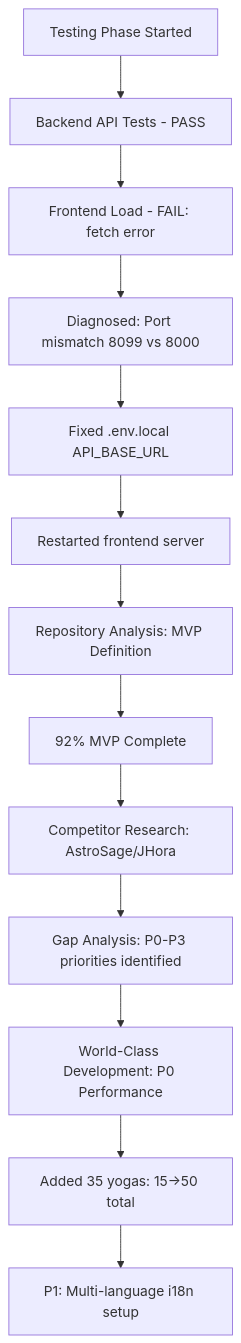
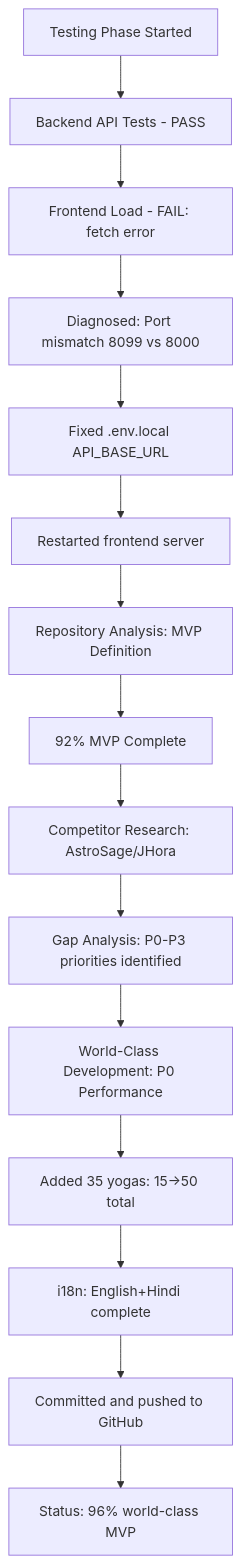
Before and after one commit to qaaph-zyld/kundli_calc_: the diagram in roadmap.mmd, drawn with Mermaid. The commit also changed 2 other files, not shown here.

Commit message:
perf: Optimize chart calculation - eliminate redundant house calculations, expect 30-40% speed improvement

```diff
--- a/roadmap.mmd
+++ b/roadmap.mmd
@@ -1,13 +1,15 @@
 graph TD
     A[Testing Phase Started] --> B[Backend API Tests - PASS]
     B --> C[Frontend Load - FAIL: fetch error]
     C --> D[Diagnosed: Port mismatch 8099 vs 8000]
     D --> E[Fixed .env.local API_BASE_URL]
     E --> F[Restarted frontend server]
     F --> G[Repository Analysis: MVP Definition]
     G --> H[92% MVP Complete]
     H --> I[Competitor Research: AstroSage/JHora]
     I --> J[Gap Analysis: P0-P3 priorities identified]
     J --> K[World-Class Development: P0 Performance]
     K --> L[Added 35 yogas: 15→50 total]
-    L --> M[P1: Multi-language i18n setup]
+    L --> M[i18n: English+Hindi complete]
+    M --> N[Committed and pushed to GitHub]
+    N --> O[Status: 96% world-class MVP]
```
